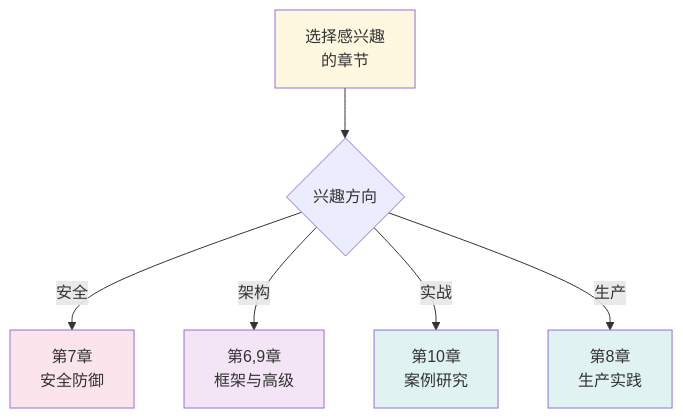
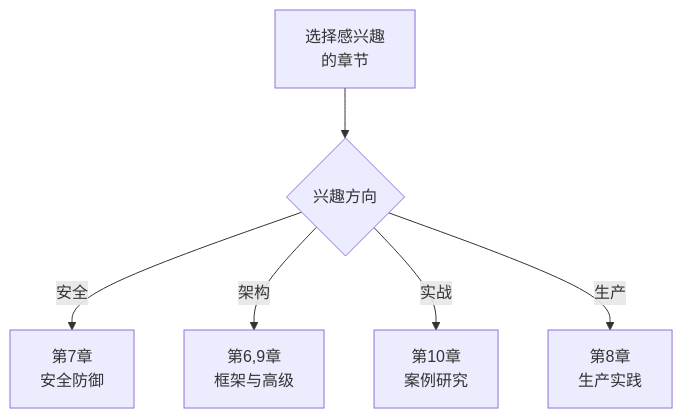
One commit to yuexiaoliang/prompt-engineering-learning changed the seventh of 7 diagrams in 01-introduction-zh.md. Above: the diagram before and after it, drawn with Mermaid. The commit also changed other lines of this file and 9 other files, not shown here.

First line of the commit message:
fix(prompt-engineering): remove hardcoded mermaid fill styles for theme auto-adaptation

````diff
--- a/01-introduction-zh.md
+++ b/01-introduction-zh.md
@@ -501,14 +467,8 @@
 ```mermaid
 flowchart TD
     A[选择感兴趣<br/>的章节] --> B{兴趣方向}
     B -->|安全| C[第7章<br/>安全防御]
     B -->|架构| D[第6,9章<br/>框架与高级]
     B -->|实战| E[第10章<br/>案例研究]
     B -->|生产| F[第8章<br/>生产实践]
-
-    style A fill:#fff8e1
-    style C fill:#fce4ec
-    style D fill:#f3e5f5
-    style E fill:#e0f2f1
-    style F fill:#e0f2f1
 ```
````
